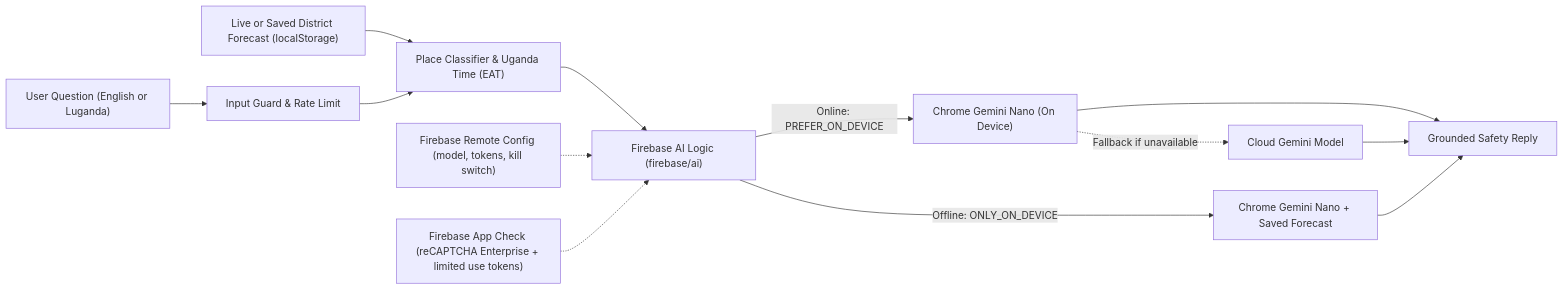
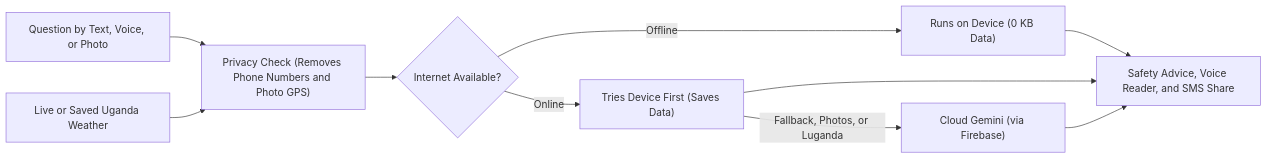
One commit to MarkDanielsMCraft/Uganda-Weather-Hybrid changed the diagram in README.md. Above: the diagram before and after it, drawn with Mermaid. The commit also changed other lines of this file and 93 other files, not shown here.

Commit message:
Add Privacy Shield, native neural voice reader, Lite feature phone mode, community safety alerts, accessibility toggles, and offline place search

````diff
--- a/README.md
+++ b/README.md
@@ -50,15 +53,12 @@
 ```mermaid
 flowchart LR
-  User["User Question (English or Luganda)"] --> Guard["Input Guard & Rate Limit"]
-  Cache["Live or Saved District Forecast (localStorage)"] --> Context["Place Classifier & Uganda Time (EAT)"]
-  Guard --> Context
-  Context --> AI["Firebase AI Logic (firebase/ai)"]
-  RC["Firebase Remote Config (model, tokens, kill switch)"] -.-> AI
-  AC["Firebase App Check (reCAPTCHA Enterprise + limited use tokens)"] -.-> AI
-  AI -->|"Online: PREFER_ON_DEVICE"| NanoOnline["Chrome Gemini Nano (On Device)"]
-  NanoOnline -.->|"Fallback if unavailable"| Cloud["Cloud Gemini Model"]
-  AI -->|"Offline: ONLY_ON_DEVICE"| NanoOffline["Chrome Gemini Nano + Saved Forecast"]
-  NanoOnline --> Output["Grounded Safety Reply"]
-  Cloud --> Output
-  NanoOffline --> Output
+  User["Question by Text, Voice, or Photo"] --> Clean["Privacy Check (Removes Phone Numbers and Photo GPS)"]
+  Weather["Live or Saved Uganda Weather"] --> Clean
+  Clean --> Router{"Internet Available?"}
+  Router -->|"Offline"| PhoneOnly["Runs on Device (0 KB Data)"]
+  Router -->|"Online"| PhoneFirst["Tries Device First (Saves Data)"]
+  PhoneFirst -->|"Fallback, Photos, or Luganda"| Cloud["Cloud Gemini (via Firebase)"]
+  PhoneOnly --> Reply["Safety Advice, Voice Reader, and SMS Share"]
+  PhoneFirst --> Reply
+  Cloud --> Reply
 ```
````
